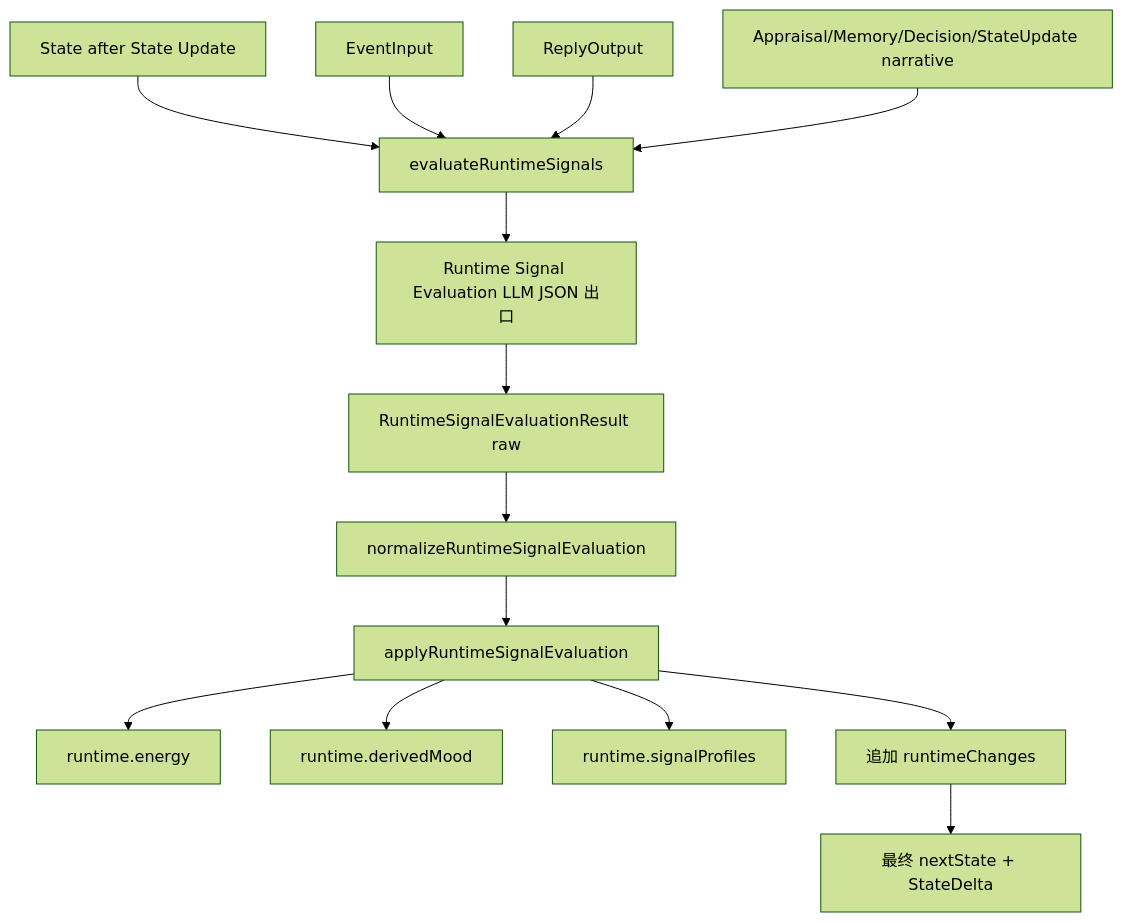
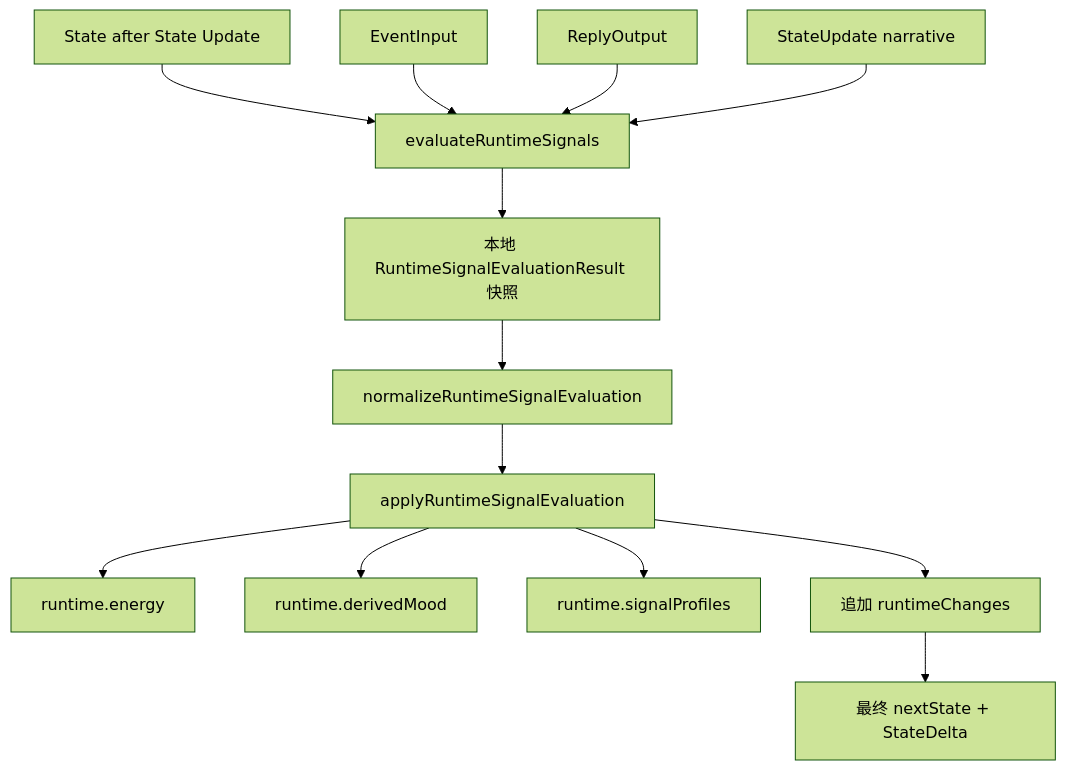
Before and after one commit to ttmanthatman/virtual-human-flow: diagram 22 of 31 in docs/SYSTEM_FLOW.md, drawn with Mermaid (forest theme). The commit also changed other lines of this file and 19 other files, not shown here.

````diff
--- a/docs/SYSTEM_FLOW.md
+++ b/docs/SYSTEM_FLOW.md
@@ -565,16 +568,15 @@
 ```mermaid
 flowchart TD
     S["State after State Update"] --> EVAL["evaluateRuntimeSignals"]
     E["EventInput"] --> EVAL
     R["ReplyOutput"] --> EVAL
-    C["Appraisal/Memory/Decision/StateUpdate narrative"] --> EVAL
-    EVAL --> CLIENT["Runtime Signal Evaluation LLM JSON 出口"]
-    CLIENT --> RAW["RuntimeSignalEvaluationResult raw"]
+    C["StateUpdate narrative"] --> EVAL
+    EVAL --> RAW["本地 RuntimeSignalEvaluationResult 快照"]
     RAW --> NORM["normalizeRuntimeSignalEvaluation"]
     NORM --> APPLY["applyRuntimeSignalEvaluation"]
     APPLY --> ENERGY["runtime.energy"]
     APPLY --> MOOD["runtime.derivedMood"]
     APPLY --> PROFILES["runtime.signalProfiles"]
     APPLY --> DELTA["追加 runtimeChanges"]
     DELTA --> FINAL["最终 nextState + StateDelta"]
 ```
````
